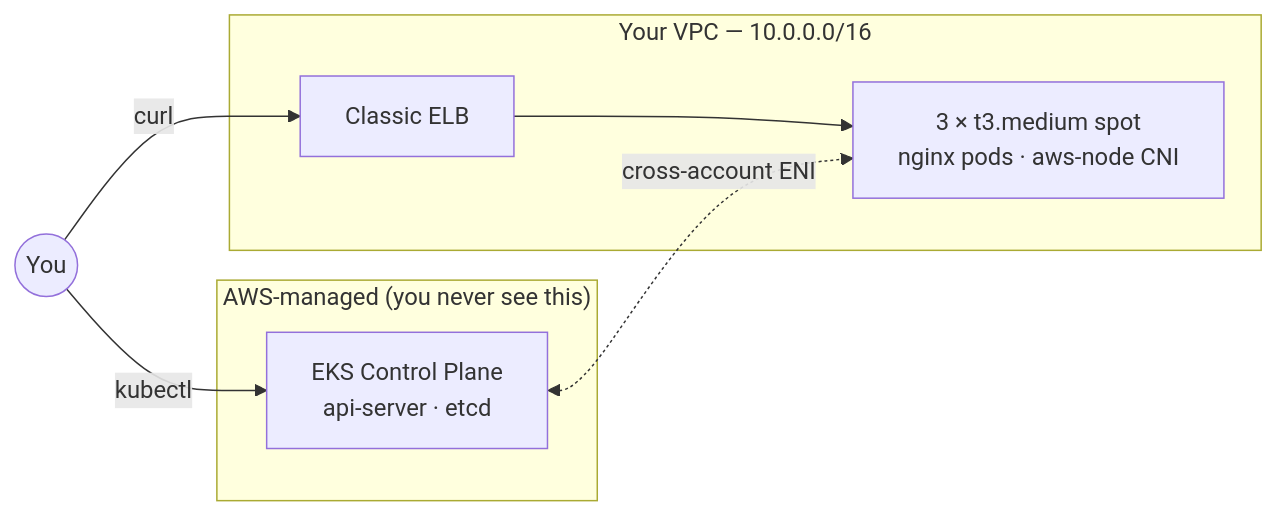
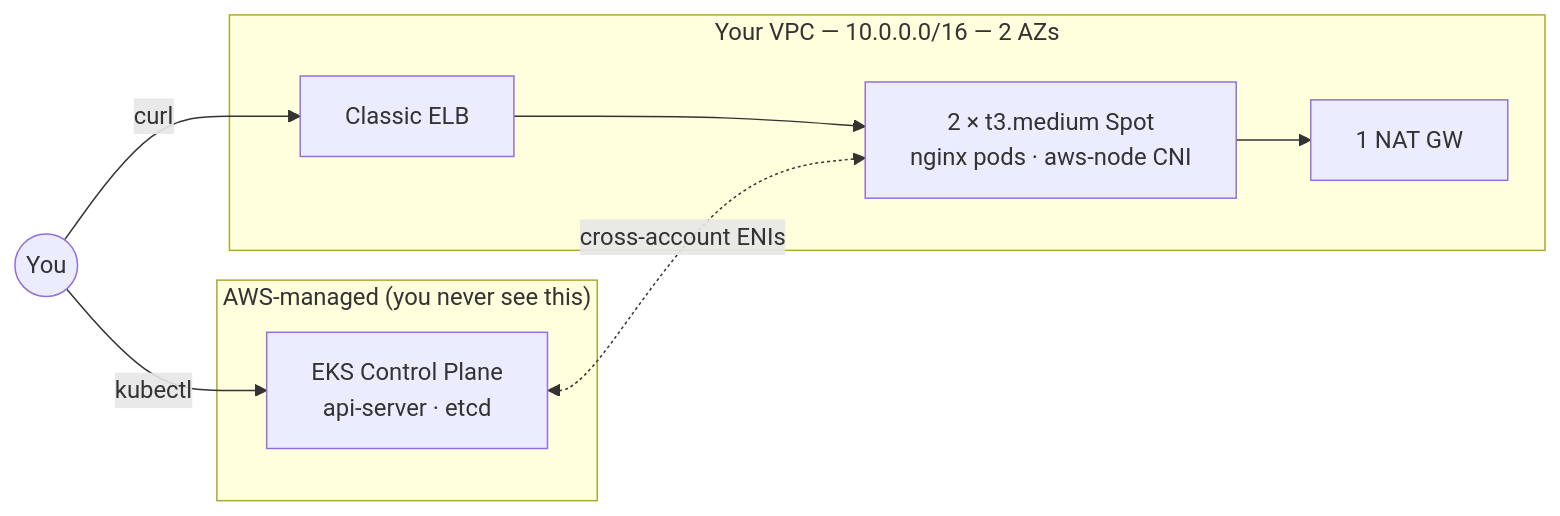
One commit to ShubhamArora073/30-day-devops-deep-dive changed the diagram in labs/day-01-eks-cluster-setup/README.md. Above: the diagram before and after it, drawn with Mermaid. The commit also changed other lines of this file and 5 other files, not shown here.

````diff
--- a/labs/day-01-eks-cluster-setup/README.md
+++ b/labs/day-01-eks-cluster-setup/README.md
@@ -11,17 +11,19 @@
 ```mermaid
 flowchart LR
     User((You)) -->|kubectl| API
     User -->|curl| ELB
 
     subgraph AWS["AWS-managed (you never see this)"]
         API[EKS Control Plane<br/>api-server · etcd]
     end
 
-    subgraph YourVPC["Your VPC — 10.0.0.0/16"]
+    subgraph YourVPC["Your VPC — 10.0.0.0/16 — 2 AZs"]
         ELB[Classic ELB]
-        Workers["3 × t3.medium spot<br/>nginx pods · aws-node CNI"]
+        Workers["2 × t3.medium Spot<br/>nginx pods · aws-node CNI"]
+        NAT[1 NAT GW]
         ELB --> Workers
+        Workers --> NAT
     end
 
-    API <-.->|cross-account ENI| Workers
+    API <-.->|cross-account ENIs| Workers
 ```
````
